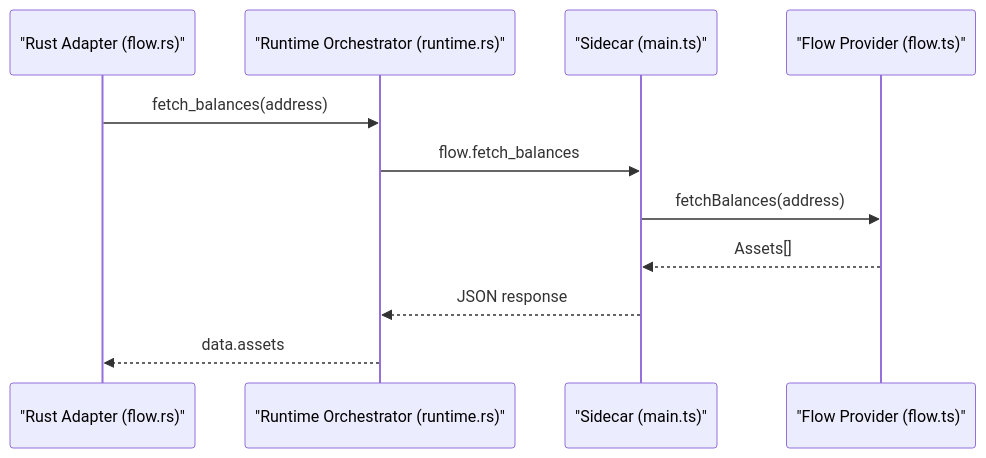
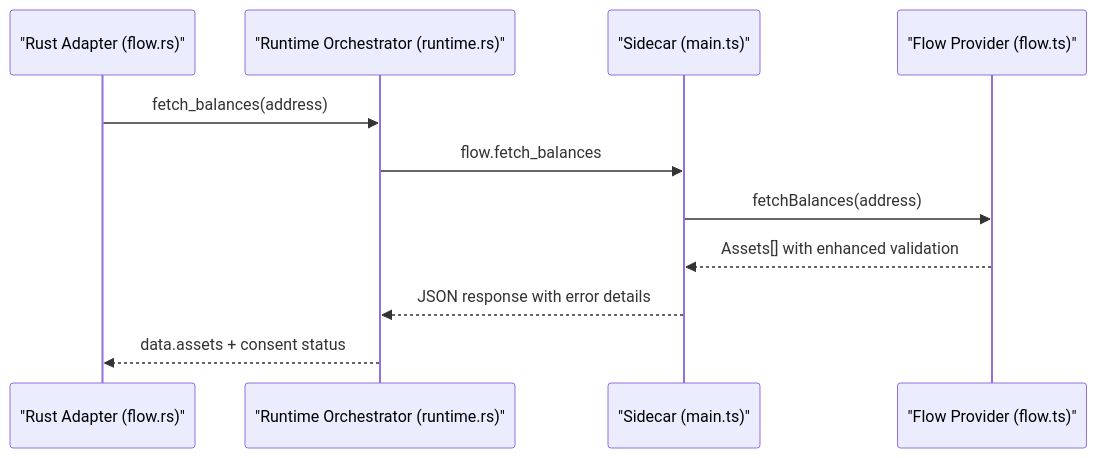
The fifth of 10 diagrams in .qoder/repowiki/en/content/Applications & Extensions/Runtime Providers.md (sanketnighot/shadow-protocol), drawn with Mermaid before and after one commit. The commit also changed other lines of this file and 9 other files, not shown here.

First line of the commit message:
feat: Enhance SHADOW Protocol with new Flow and AI services integration

````diff
--- a/.qoder/repowiki/en/content/Applications & Extensions/Runtime Providers.md
+++ b/.qoder/repowiki/en/content/Applications & Extensions/Runtime Providers.md
@@ -213,13 +265,13 @@
 ```mermaid
 sequenceDiagram
 participant RS as "Rust Adapter (flow.rs)"
 participant RT as "Runtime Orchestrator (runtime.rs)"
 participant TS as "Sidecar (main.ts)"
 participant FL as "Flow Provider (flow.ts)"
 RS->>RT : fetch_balances(address)
 RT->>TS : flow.fetch_balances
 TS->>FL : fetchBalances(address)
-FL-->>TS : Assets[]
-TS-->>RT : JSON response
-RT-->>RS : data.assets
+FL-->>TS : Assets[] with enhanced validation
+TS-->>RT : JSON response with error details
+RT-->>RS : data.assets + consent status
 ```
````
